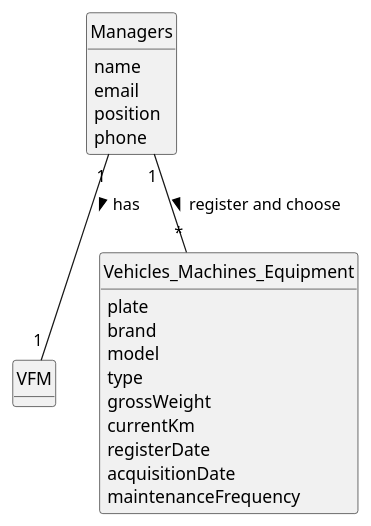
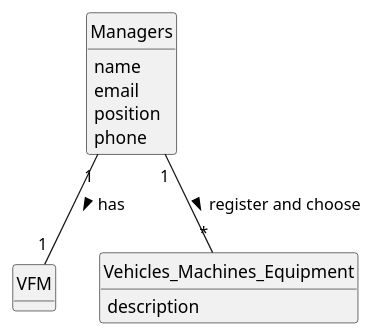
The diagram in docs/sprintA/us006/02.analysis/puml/us006-domain-model.puml (Departamento-de-Engenharia-Informatica/lei-24-s2-1df-1de-g063), drawn with PlantUML before and after one commit. The commit also changed 11 other files, not shown here.

```diff
--- a/docs/sprintA/us006/02.analysis/puml/us006-domain-model.puml
+++ b/docs/sprintA/us006/02.analysis/puml/us006-domain-model.puml
@@ -1,56 +1,48 @@
 @startuml
 skinparam monochrome true
 skinparam packageStyle rectangle
 skinparam shadowing false
 
 'left to right direction
 
 skinparam classAttributeIconSize 0
 
 hide circle
 hide methods
 
 'title Domain Model
 
 'class Platform {
 '  -description
 '}
 
 class VFM {
 
 }
 
 class Managers {
     name
     email
     position
     phone
 }
 
 
 class Vehicles_Machines_Equipment {
-    plate
-    brand
-    model
-    type
-    grossWeight
-    currentKm
-    registerDate
-    acquisitionDate
-    maintenanceFrequency
+    description
 }
 
 'class User {
 '    name
 '    email
 '    password
 '}
 
 'Platform "1" -- "*" FM : has registered >
 
 Managers "1"-- "*"Vehicles_Machines_Equipment: register and choose >
 
 Managers "1" -- "1"VFM: has >
 
 
 @enduml
```
